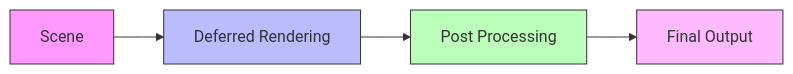
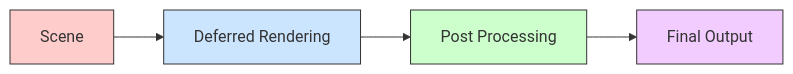
Before and after one commit to ukonpower/OREngine: the second of 2 diagrams in docs/README.md, drawn with Mermaid. The commit also changed other lines of this file and 5 other files, not shown here.

Commit message:
docs: tweak colors in diagrams

````diff
--- a/docs/README.md
+++ b/docs/README.md
@@ -96,11 +96,11 @@
 ```mermaid
 graph LR
     Scene[Scene] --> Deferred[Deferred Rendering]
     Deferred --> Post[Post Processing]
     Post --> Final[Final Output]
 
-    style Scene fill:#f9f,stroke:#333
-    style Deferred fill:#bbf,stroke:#333
-    style Post fill:#bfb,stroke:#333
-    style Final fill:#fbf,stroke:#333
+    style Scene fill:#ffcccc,stroke:#333
+    style Deferred fill:#cce5ff,stroke:#333
+    style Post fill:#ccffcc,stroke:#333
+    style Final fill:#f3ccff,stroke:#333
 ```
````
